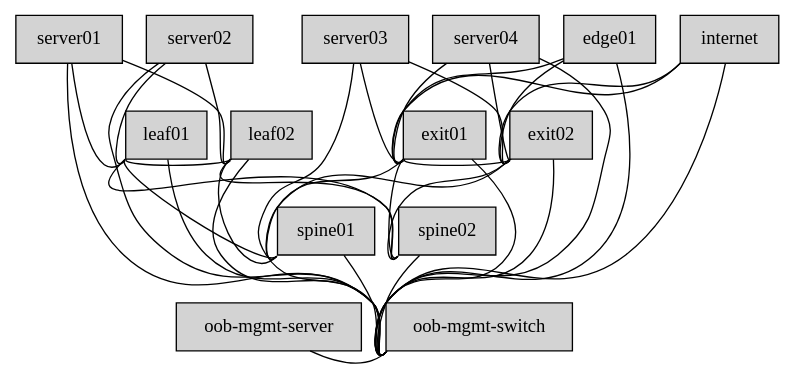
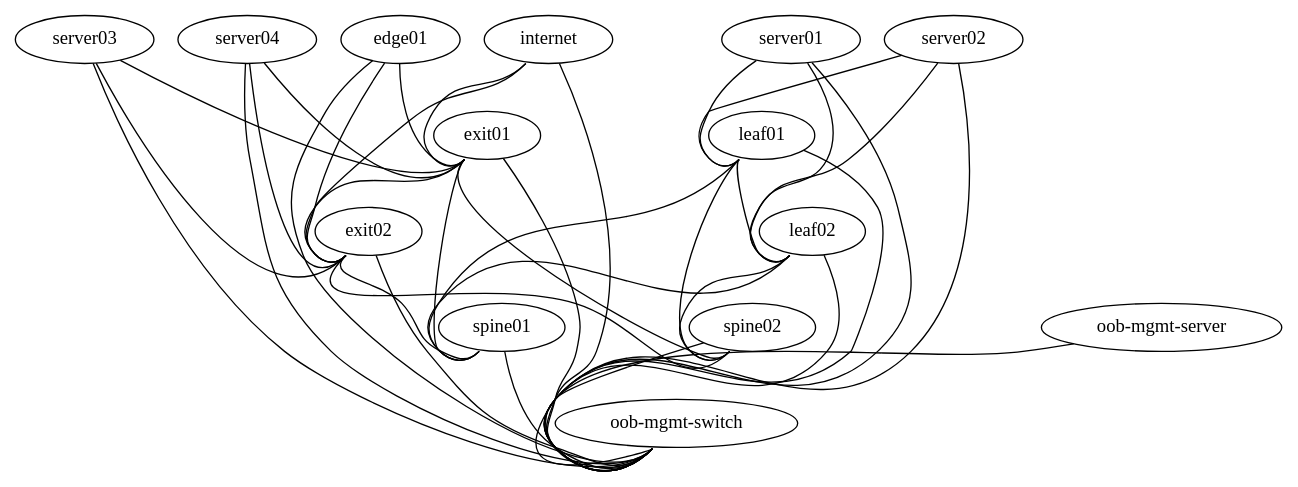
The diagram in topology.dot (OliElli/cumulus-poc), drawn with Graphviz before and after one commit. The commit also changed 1 other file, not shown here.

```diff
--- a/topology.dot
+++ b/topology.dot
@@ -1,66 +1,58 @@
 graph vx {
-  graph [fontsize=8 fontname=Verdana compound=true];
-  node [shape=box style=filled]
-
-  { rank=same leaf01 leaf02 }
-  { rank=same spine01 spine02 }
-  { rank=same exit01 exit02 }
-  { rank=max "oob-mgmt-server" "oob-mgmt-switch" }
-
   "leaf01" [function="leaf" os="CumulusCommunity/cumulus-vx" version="3.7.2" memory="768" config="./helper_scripts/config_switch.sh" ]
   "leaf02" [function="leaf" os="CumulusCommunity/cumulus-vx" version="3.7.2" memory="768" config="./helper_scripts/config_switch.sh" ]
   "spine01" [function="spine" os="CumulusCommunity/cumulus-vx" version="3.7.2" memory="768" config="./helper_scripts/config_switch.sh" ]
   "spine02" [function="spine" os="CumulusCommunity/cumulus-vx" version="3.7.2" memory="768" config="./helper_scripts/config_switch.sh" ]
   "exit01" [function="exit" os="CumulusCommunity/cumulus-vx" version="3.7.2" memory="768" config="./helper_scripts/config_switch.sh" ]
   "exit02" [function="exit" os="CumulusCommunity/cumulus-vx" version="3.7.2" memory="768" config="./helper_scripts/config_switch.sh" ]
   "server01" [function="host" os="yk0/ubuntu-xenial" memory="512" config="./helper_scripts/config_server.sh" ]
   "server02" [function="host" os="yk0/ubuntu-xenial" memory="512" config="./helper_scripts/config_server.sh" ]
   "server03" [function="host" os="yk0/ubuntu-xenial" memory="512" config="./helper_scripts/config_server.sh" ]
   "server04" [function="host" os="yk0/ubuntu-xenial" memory="512" config="./helper_scripts/config_server.sh" ]
   "edge01" [function="host" os="yk0/ubuntu-xenial" memory="768" config="./helper_scripts/config_server.sh" ]
   "internet" [function="internet" vagrant="swp48" os="CumulusCommunity/cumulus-vx" version="3.7.2" memory="768" config="./helper_scripts/config_internet.sh" ]
   "oob-mgmt-switch" [function="oob-switch" vagrant="eth0" os="CumulusCommunity/cumulus-vx" version="3.7.2" memory="768" config="./helper_scripts/config_oob_switch.sh" ]
   "oob-mgmt-server" [function="oob-server" vagrant="eth0" os="CumulusCommunity/vx_oob_server" version="1.0.4" memory="1024" config="./helper_scripts/config_oob_server.sh" ]
 
   "leaf01":"swp56" -- "spine01":"swp1"
   "leaf02":"swp56" -- "spine01":"swp2"
   "leaf01":"swp55" -- "spine02":"swp1"
   "leaf02":"swp55" -- "spine02":"swp2"
 
   "leaf01":"swp54" -- "leaf02":"swp54"
   "exit01":"swp54" -- "exit02":"swp54"
 
   "server01":"eth1" -- "leaf01":"swp1" [left_mac="00:03:00:11:11:01"]
   "server01":"eth2" -- "leaf02":"swp1" [left_mac="00:03:00:11:11:02"]
   "server02":"eth1" -- "leaf01":"swp2" [left_mac="00:03:00:22:22:01"]
   "server02":"eth2" -- "leaf02":"swp2" [left_mac="00:03:00:22:22:02"]
   "server03":"eth1" -- "exit01":"swp5" [left_mac="00:03:00:33:33:01"]
   "server03":"eth2" -- "exit02":"swp5" [left_mac="00:03:00:33:33:02"]
   "server04":"eth1" -- "exit01":"swp6" [left_mac="00:03:00:44:44:01"]
   "server04":"eth2" -- "exit02":"swp6" [left_mac="00:03:00:44:44:02"]
 
   "exit01":"swp56" -- "spine01":"swp30"
   "exit01":"swp55" -- "spine02":"swp30"
   "exit02":"swp56" -- "spine01":"swp29"
   "exit02":"swp55" -- "spine02":"swp29"
 
   "internet":"swp1" -- "exit01":"swp1"
   "internet":"swp2" -- "exit02":"swp1"
 
   "edge01":"eth1" -- "exit01":"swp4"
   "edge01":"eth2" -- "exit02":"swp4"
 
   "oob-mgmt-server":"eth1" -- "oob-mgmt-switch":"swp1" [right_mac="a0:00:00:00:00:61"]
   "server01":"eth0" -- "oob-mgmt-switch":"swp2" [left_mac="a0:00:00:00:00:31"]
   "server02":"eth0" -- "oob-mgmt-switch":"swp3" [left_mac="a0:00:00:00:00:32"]
   "server03":"eth0" -- "oob-mgmt-switch":"swp4" [left_mac="a0:00:00:00:00:33"]
   "server04":"eth0" -- "oob-mgmt-switch":"swp5" [left_mac="a0:00:00:00:00:34"]
   "leaf01":"eth0" -- "oob-mgmt-switch":"swp6" [left_mac="a0:00:00:00:00:11"]
   "leaf02":"eth0" -- "oob-mgmt-switch":"swp7" [left_mac="a0:00:00:00:00:12"]
   "spine01":"eth0" -- "oob-mgmt-switch":"swp10" [left_mac="a0:00:00:00:00:21"]
   "spine02":"eth0" -- "oob-mgmt-switch":"swp11" [left_mac="a0:00:00:00:00:22"]
   "exit01":"eth0" -- "oob-mgmt-switch":"swp12" [left_mac="a0:00:00:00:00:41"]
   "exit02":"eth0" -- "oob-mgmt-switch":"swp13" [left_mac="a0:00:00:00:00:42"]
   "edge01":"eth0" -- "oob-mgmt-switch":"swp14" [left_mac="a0:00:00:00:00:51"]
   "internet":"eth0" -- "oob-mgmt-switch":"swp15" [left_mac="a0:00:00:00:00:50"]
 }
```
